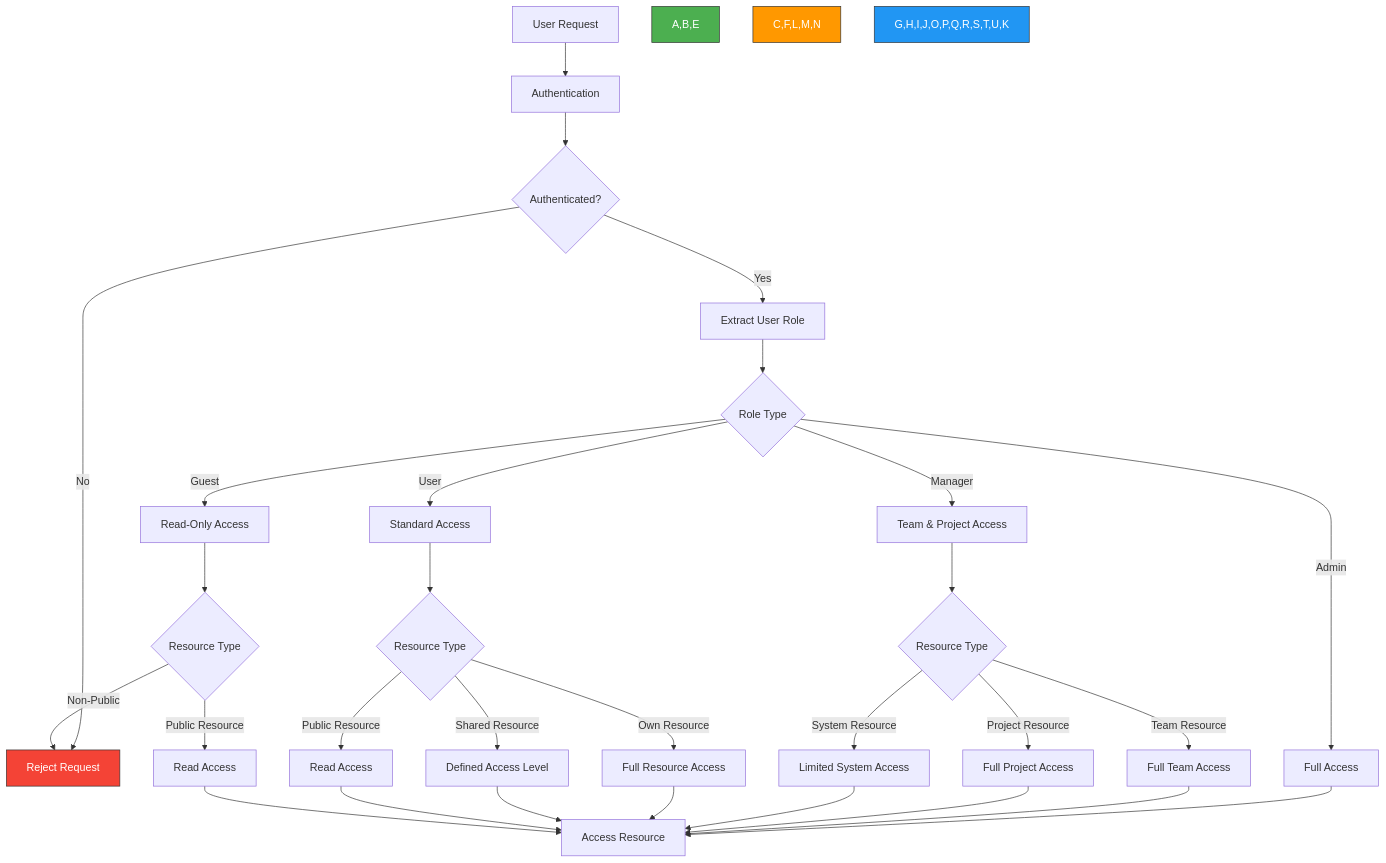
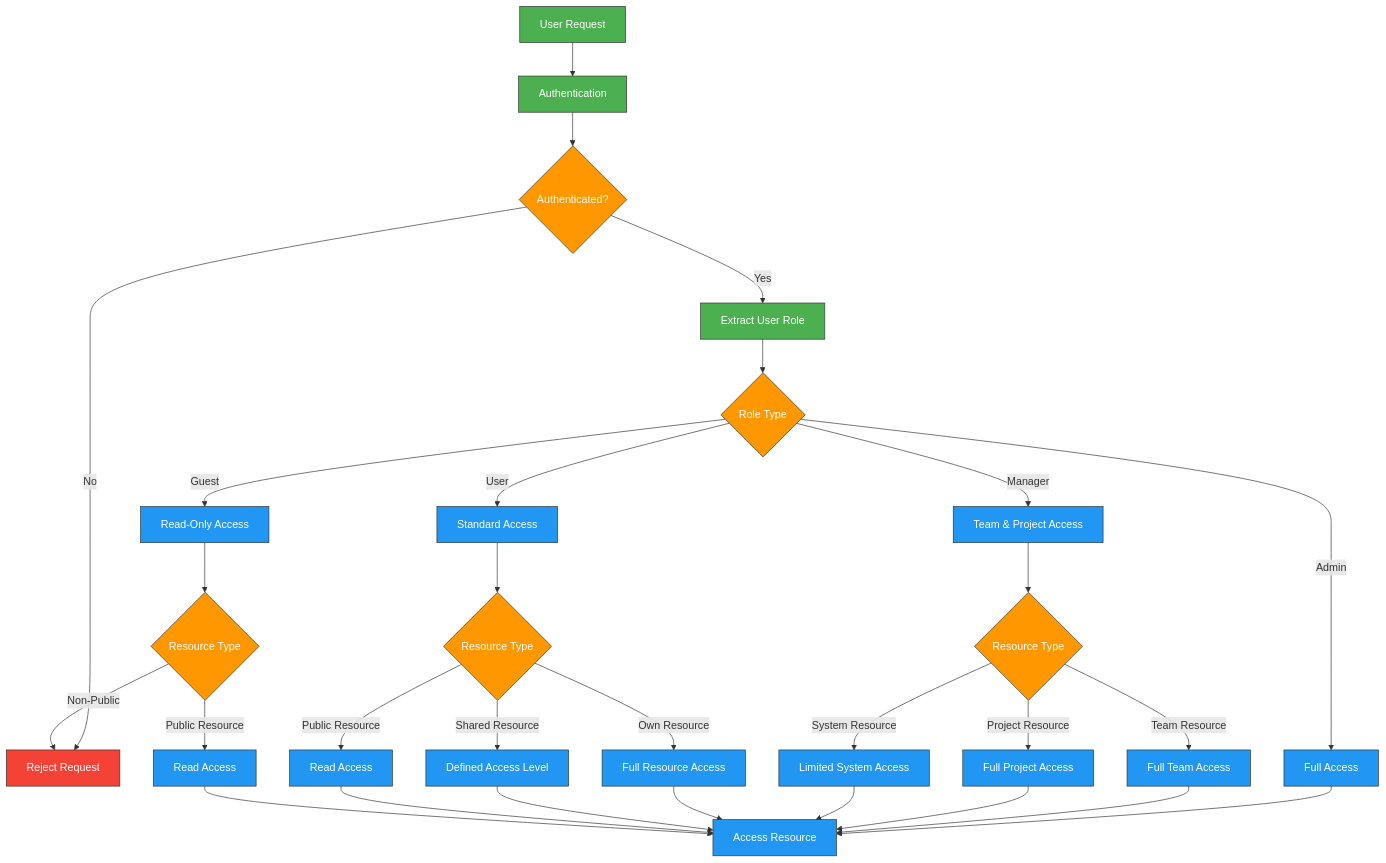
One commit to TuPhung369/Haaga_Backend_Programming changed the third of 8 diagrams in TuPhung_Docs/docs/backend/user-management.md. Above: the diagram before and after it, drawn with Mermaid. The commit also changed other lines of this file and 25 other files, not shown here.

````diff
--- a/TuPhung_Docs/docs/backend/user-management.md
+++ b/TuPhung_Docs/docs/backend/user-management.md
@@ -102,43 +102,48 @@
 ```mermaid
 flowchart TD
     A[User Request] --> B[Authentication]
     B --> C{Authenticated?}
     
     C -->|No| D[Reject Request]
     C -->|Yes| E[Extract User Role]
     
     E --> F{Role Type}
     F -->|Admin| G[Full Access]
     F -->|Manager| H[Team & Project Access]
     F -->|User| I[Standard Access]
     F -->|Guest| J[Read-Only Access]
     
     G --> K[Access Resource]
     H --> L{Resource Type}
     I --> M{Resource Type}
     J --> N{Resource Type}
     
     L -->|Team Resource| O[Full Team Access]
     L -->|Project Resource| P[Full Project Access]
     L -->|System Resource| Q[Limited System Access]
     
     M -->|Own Resource| R[Full Resource Access]
     M -->|Shared Resource| S[Defined Access Level]
     M -->|Public Resource| T[Read Access]
     
     N -->|Public Resource| U[Read Access]
     N -->|Non-Public| D
     
     O --> K
     P --> K
     Q --> K
     R --> K
     S --> K
     T --> K
     U --> K
     
-    style A,B,E fill:#4CAF50,stroke:#333,stroke-width:1px,color:#fff
-    style C,F,L,M,N fill:#FF9800,stroke:#333,stroke-width:1px,color:#fff
-    style D fill:#F44336,stroke:#333,stroke-width:1px,color:#fff
-    style G,H,I,J,O,P,Q,R,S,T,U,K fill:#2196F3,stroke:#333,stroke-width:1px,color:#fff
+    classDef coreServices fill:#4CAF50,stroke:#333,stroke-width:1px,color:#fff
+    classDef dataStores fill:#FF9800,stroke:#333,stroke-width:1px,color:#fff
+    classDef externalServices fill:#F44336,stroke:#333,stroke-width:1px,color:#fff
+    classDef components fill:#2196F3,stroke:#333,stroke-width:1px,color:#fff
+    
+    class A,B,E coreServices
+    class C,F,L,M,N dataStores
+    class D externalServices
+    class G,H,I,J,O,P,Q,R,S,T,U,K components
 ```
````
